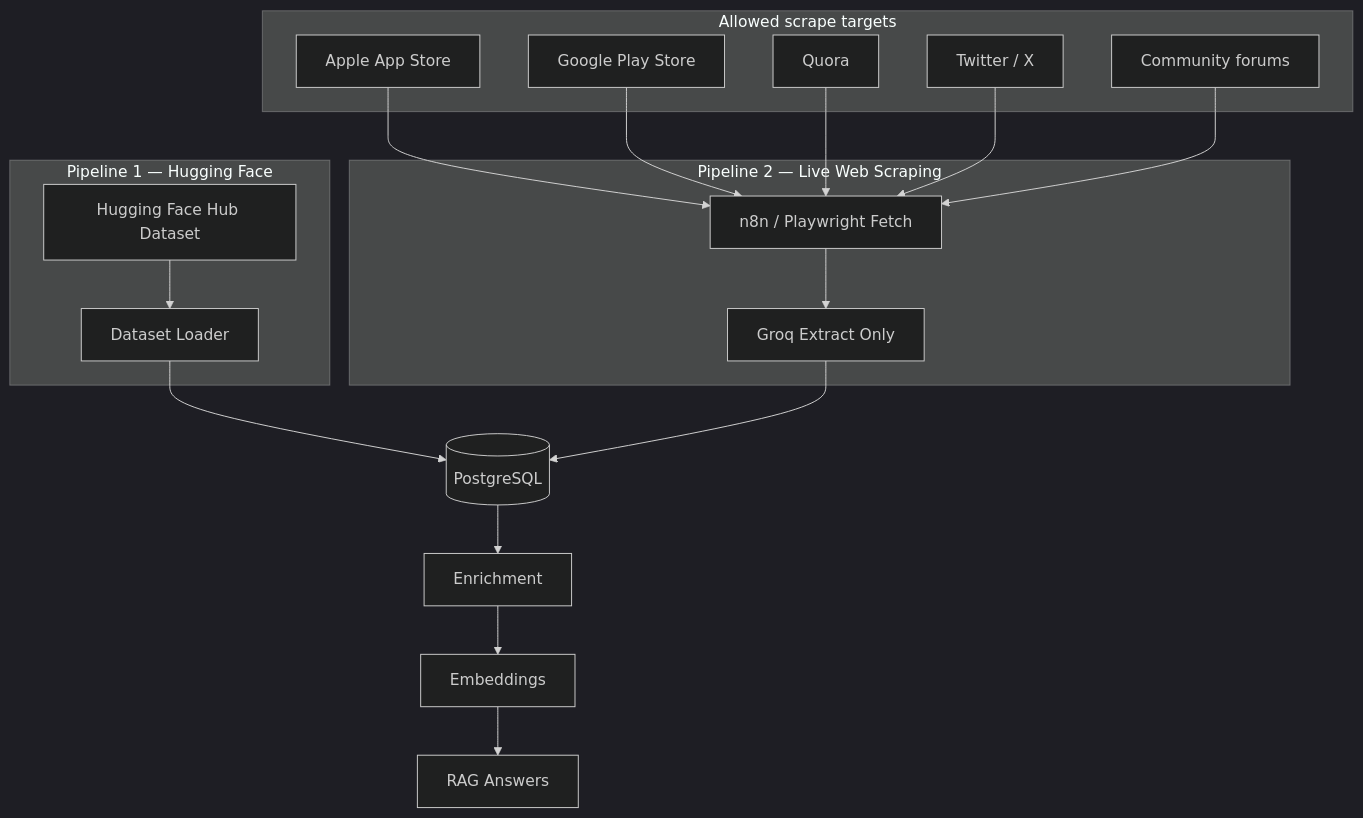
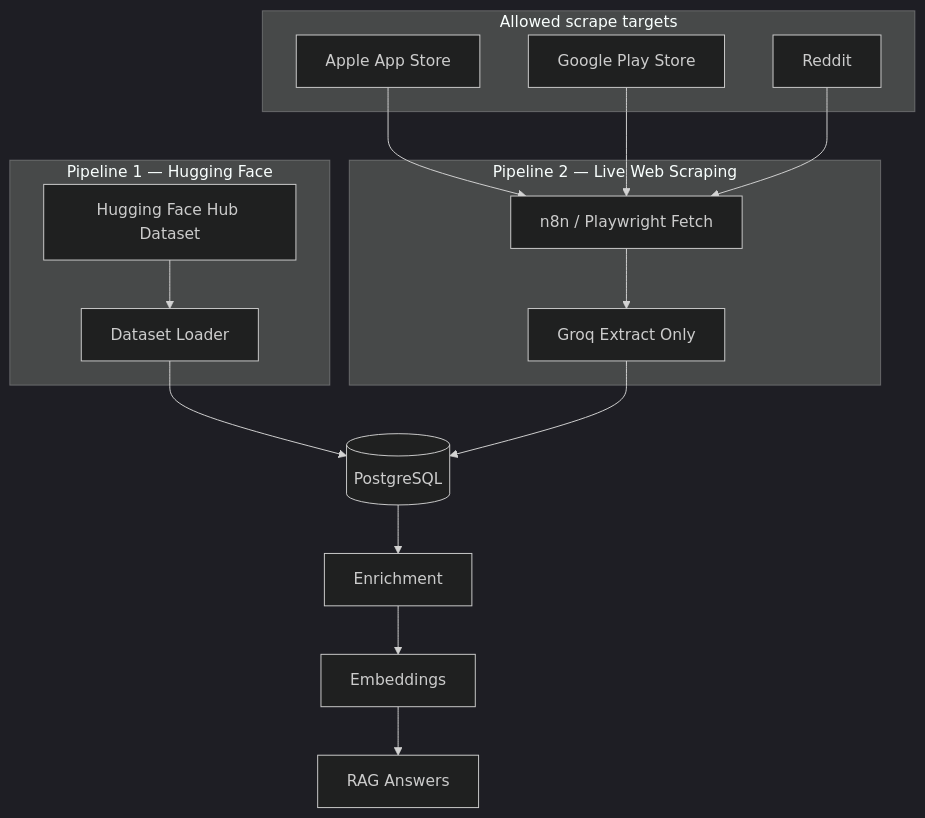
One commit to Aparnachandrashekar/voc-intelligence-platform changed the diagram in docs/guardrails.md. Above: the diagram before and after it, drawn with Mermaid (dark theme). The commit also changed other lines of this file and 170 other files, not shown here.

````diff
--- a/docs/guardrails.md
+++ b/docs/guardrails.md
@@ -11,27 +11,25 @@
 ```mermaid
 flowchart TB
     subgraph Pipeline1["Pipeline 1 — Hugging Face"]
         HF[Hugging Face Hub Dataset]
         HFLOAD[Dataset Loader]
     end
 
     subgraph Pipeline2["Pipeline 2 — Live Web Scraping"]
         FETCH[n8n / Playwright Fetch]
         GROQ[Groq Extract Only]
     end
 
     subgraph AllowedPlatforms["Allowed scrape targets"]
         AS[Apple App Store]
         GP[Google Play Store]
-        QU[Quora]
-        TW[Twitter / X]
-        FF[Community forums]
+        RD[Reddit]
     end
 
     HF --> HFLOAD --> DB[(PostgreSQL)]
-    AS & GP & QU & TW & FF --> FETCH --> GROQ --> DB
+    AS & GP & RD --> FETCH --> GROQ --> DB
 
     DB --> ENR[Enrichment]
     ENR --> VEC[Embeddings]
     VEC --> RAG[RAG Answers]
 ```
````
